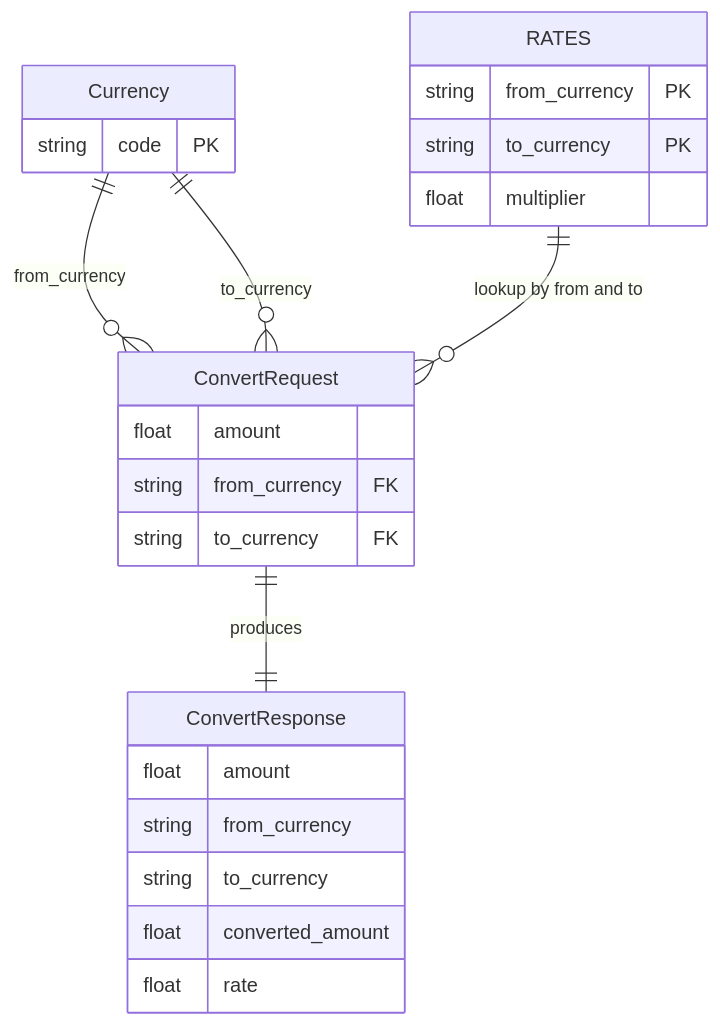
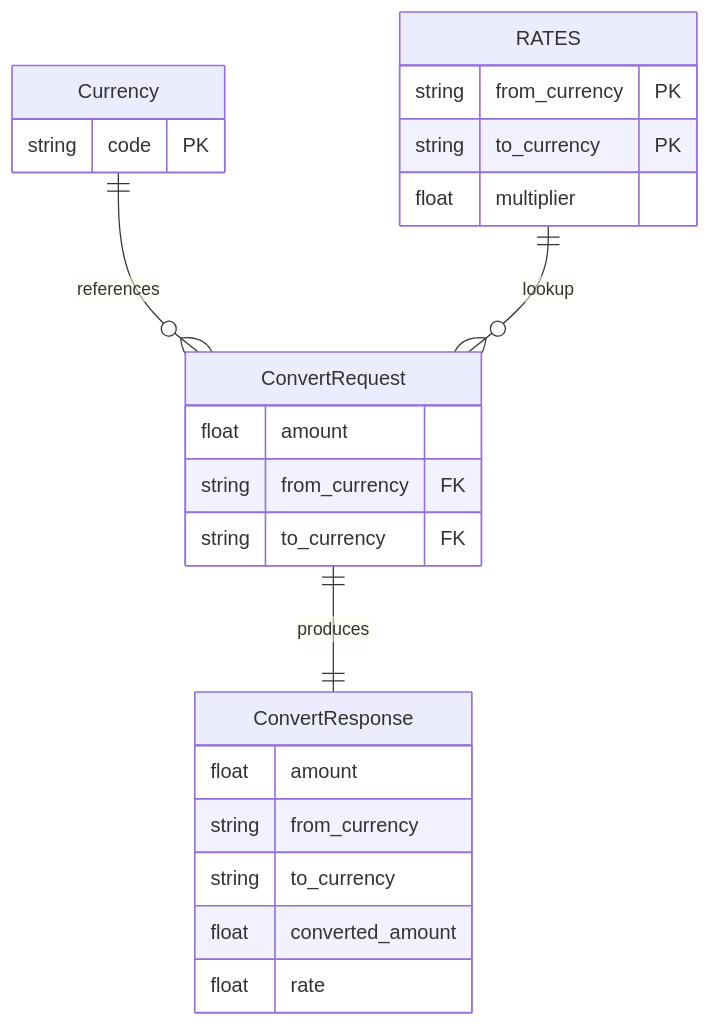
Before and after one commit to Aditya9598/Evaluation-complete-code: the diagram in currency-converter/docs/eval/intermediate/I1-er-diagram.md, drawn with Mermaid. The commit also changed 19 other files, not shown here.

````diff
--- a/currency-converter/docs/eval/intermediate/I1-er-diagram.md
+++ b/currency-converter/docs/eval/intermediate/I1-er-diagram.md
@@ -82,27 +82,26 @@
 ```mermaid
 erDiagram
     Currency {
         string code PK
     }
     ConvertRequest {
         float amount
         string from_currency FK
         string to_currency FK
     }
     ConvertResponse {
         float amount
         string from_currency
         string to_currency
         float converted_amount
         float rate
     }
     RATES {
         string from_currency PK
         string to_currency PK
         float multiplier
     }
-    Currency ||--o{ ConvertRequest : "from_currency"
-    Currency ||--o{ ConvertRequest : "to_currency"
-    ConvertRequest ||--|| ConvertResponse : "produces"
-    RATES ||--o{ ConvertRequest : "lookup by from and to"
+    Currency ||--o{ ConvertRequest : references
+    ConvertRequest ||--|| ConvertResponse : produces
+    RATES ||--o{ ConvertRequest : lookup
 ```
````
